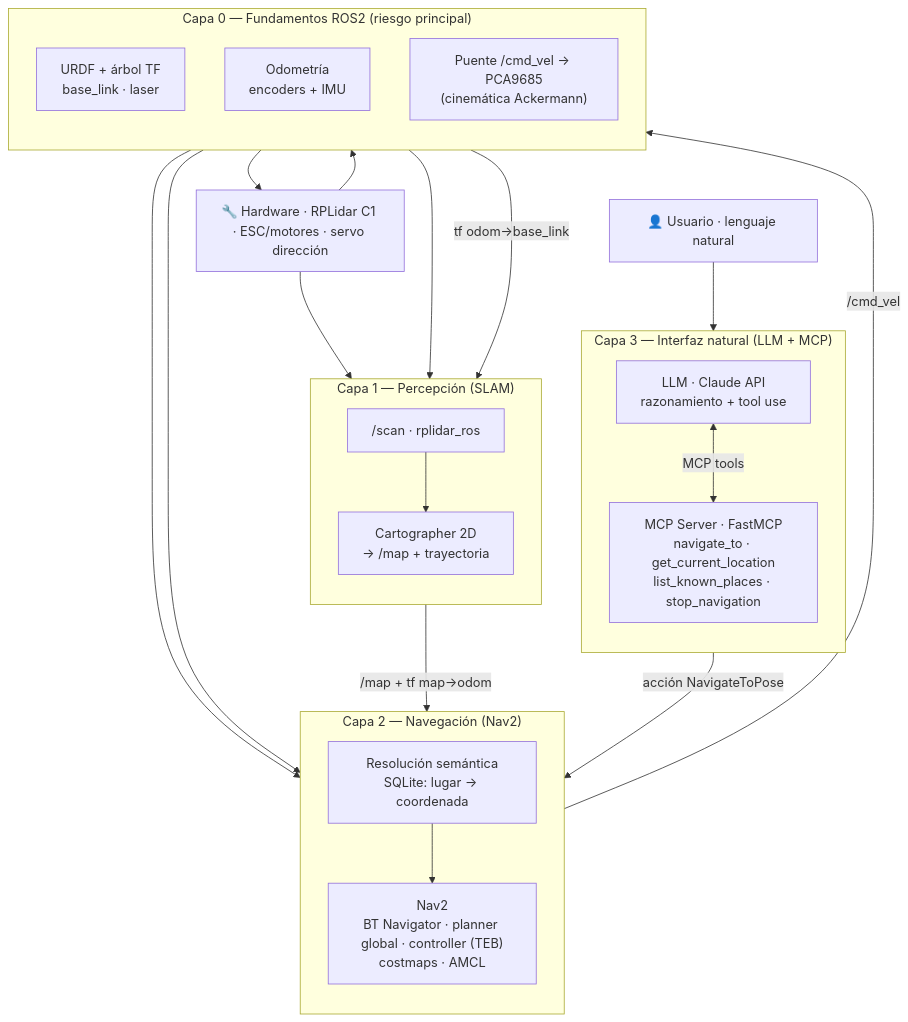
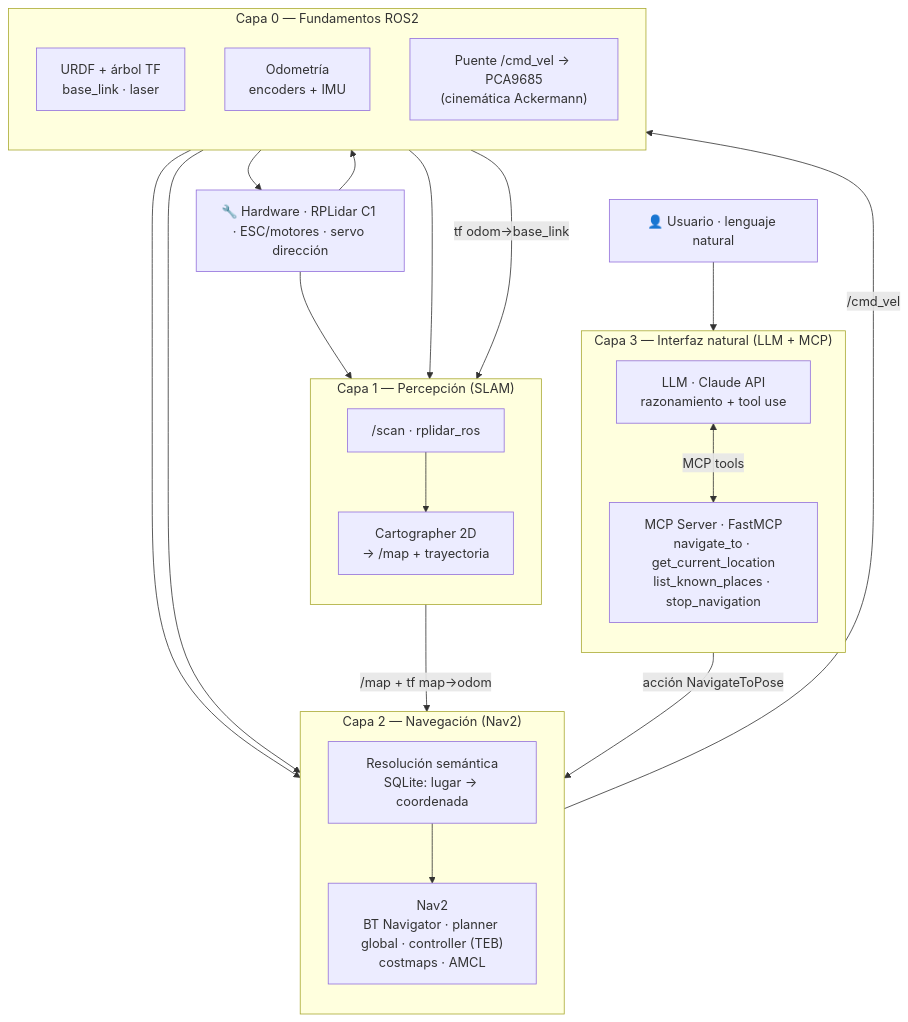
Before and after one commit to rubenhigorg/robocar: the diagram in docs/tfm/roadmap.md, drawn with Mermaid. The commit also changed other lines of this file and 4 other files, not shown here.

First line of the commit message:
feat(roadmap-web): professional PM suite — auto-scheduled Gantt, filters, collapse, critical path

````diff
--- a/docs/tfm/roadmap.md
+++ b/docs/tfm/roadmap.md
@@ -33,46 +18,46 @@
 ```mermaid
 flowchart TB
     user["👤 Usuario · lenguaje natural"]
 
     subgraph L3["Capa 3 — Interfaz natural (LLM + MCP)"]
       direction TB
       llm["LLM · Claude API<br/>razonamiento + tool use"]
       mcp["MCP Server · FastMCP<br/>navigate_to · get_current_location<br/>list_known_places · stop_navigation"]
     end
 
     subgraph L2["Capa 2 — Navegación (Nav2)"]
       direction TB
       sem["Resolución semántica<br/>SQLite: lugar → coordenada"]
       nav2["Nav2<br/>BT Navigator · planner global · controller (TEB)<br/>costmaps · AMCL"]
     end
 
     subgraph L1["Capa 1 — Percepción (SLAM)"]
       direction TB
       scan["/scan · rplidar_ros"]
       carto["Cartographer 2D<br/>→ /map + trayectoria"]
     end
 
-    subgraph L0["Capa 0 — Fundamentos ROS2 (riesgo principal)"]
+    subgraph L0["Capa 0 — Fundamentos ROS2"]
       direction TB
       tf["URDF + árbol TF<br/>base_link · laser"]
       odom["Odometría<br/>encoders + IMU"]
       bridge["Puente /cmd_vel → PCA9685<br/>(cinemática Ackermann)"]
     end
 
     hw["🔧 Hardware · RPLidar C1 · ESC/motores · servo dirección"]
 
     user --> llm
     llm <-->|MCP tools| mcp
     mcp -->|acción NavigateToPose| nav2
     sem --> nav2
     scan --> carto
     carto -->|/map + tf map→odom| nav2
     tf --> carto
     tf --> nav2
     odom -->|tf odom→base_link| carto
     odom --> nav2
     nav2 -->|/cmd_vel| bridge
     bridge --> hw
     hw --> scan
     hw --> odom
 ```
````
